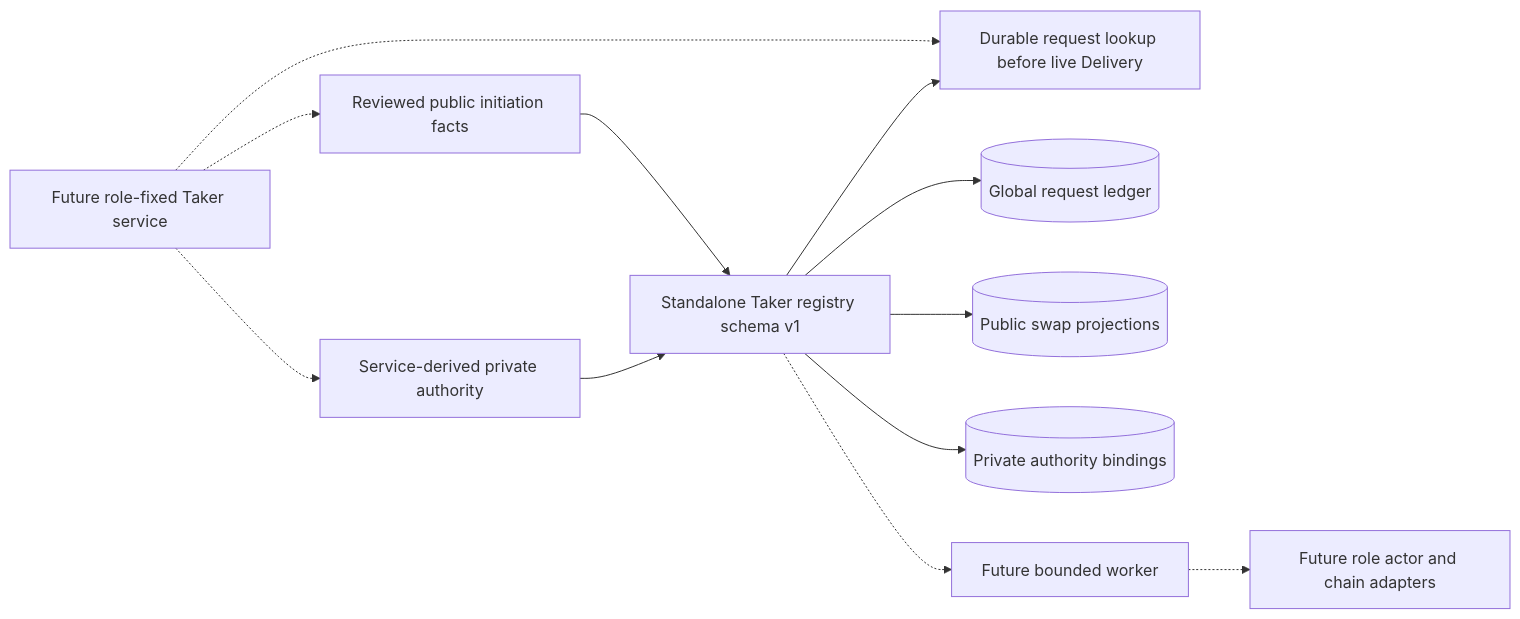
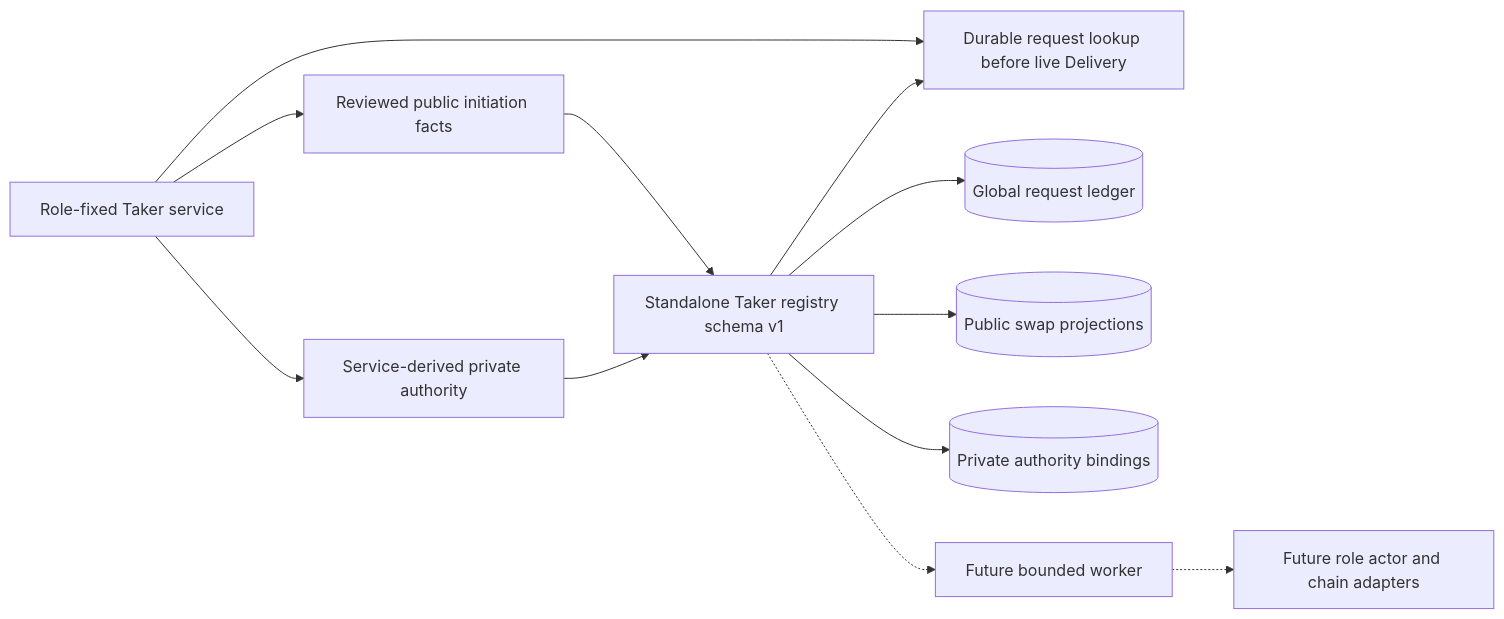
Before and after one commit to gateway-fm/lez-atomic-swaps: the first of 5 diagrams in docs/architecture/0132-persist-taker-initiation-admission-separately.md, drawn with Mermaid. The commit also changed other lines of this file and 12 other files, not shown here.

````diff
--- a/docs/architecture/0132-persist-taker-initiation-admission-separately.md
+++ b/docs/architecture/0132-persist-taker-initiation-admission-separately.md
@@ -50,25 +50,25 @@
 ```mermaid
 flowchart LR
-    Caller["Future role-fixed Taker service"]
+    Caller["Role-fixed Taker service"]
     Facts["Reviewed public initiation facts"]
     Authority["Service-derived private authority"]
     Store["Standalone Taker registry schema v1"]
     Lookup["Durable request lookup before live Delivery"]
     Requests[("Global request ledger")]
     Swaps[("Public swap projections")]
     Private[("Private authority bindings")]
     Worker["Future bounded worker"]
     Chain["Future role actor and chain adapters"]
 
-    Caller -.-> Lookup
-    Caller -.-> Facts
-    Caller -.-> Authority
+    Caller --> Lookup
+    Caller --> Facts
+    Caller --> Authority
     Facts --> Store
     Authority --> Store
     Store --> Lookup
     Store --> Requests
     Store --> Swaps
     Store --> Private
     Store -.-> Worker
     Worker -.-> Chain
 ```
````
